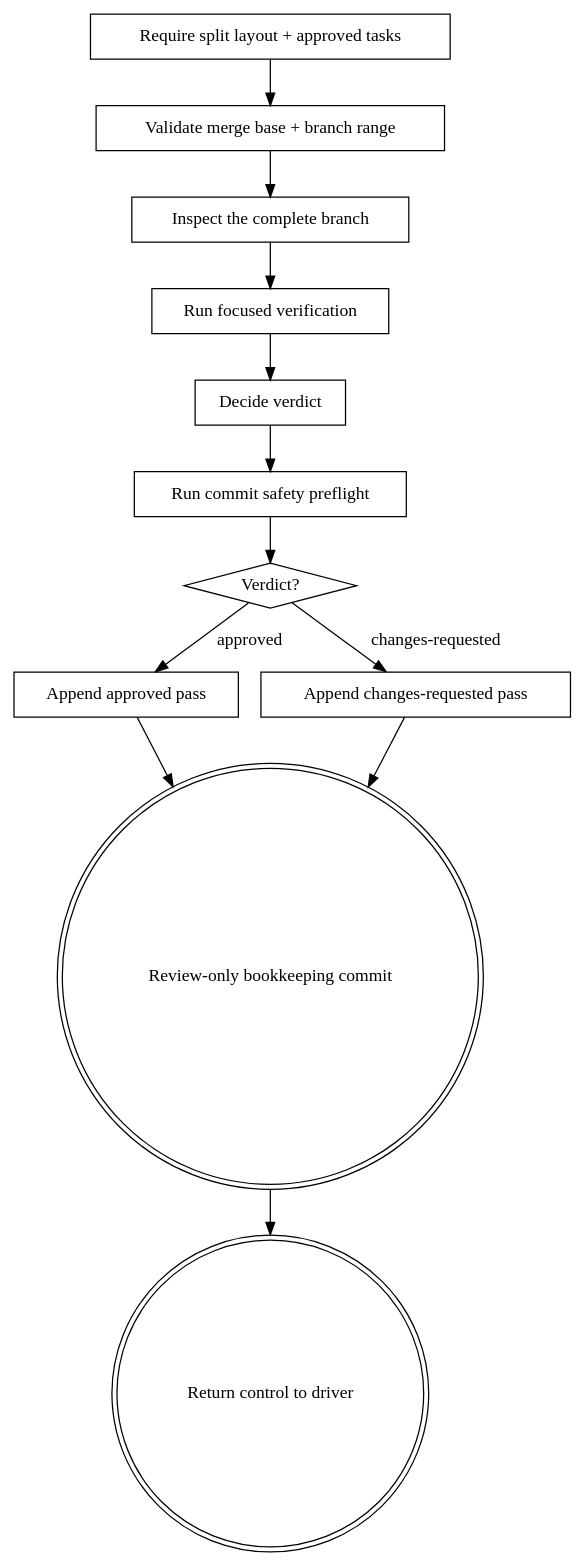
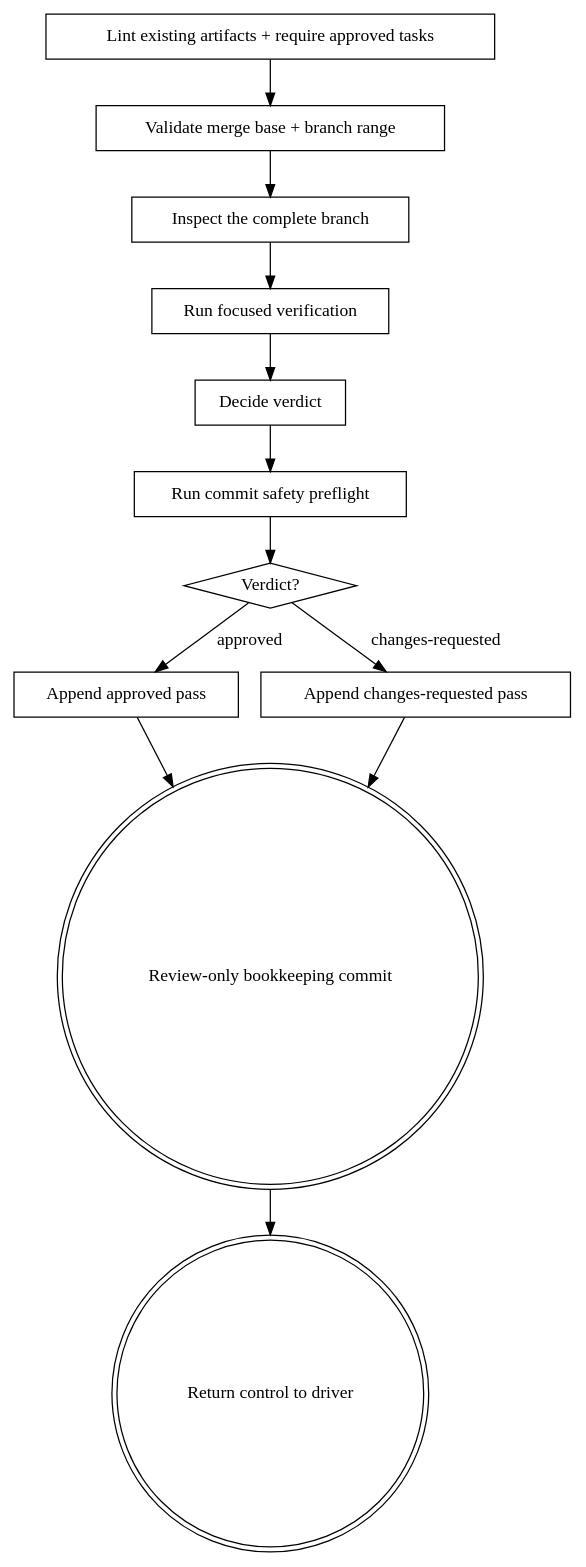
Before and after one commit to caiorcferreira/hamilton: the diagram in skills/kepler-review/SKILL.md, drawn with Graphviz. The commit also changed other lines of this file and 31 other files, not shown here.

````diff
--- a/skills/kepler-review/SKILL.md
+++ b/skills/kepler-review/SKILL.md
@@ -281,27 +279,27 @@
 ```dot
 digraph kepler_review {
-    "Require split layout + approved tasks" [shape=box];
+    "Lint existing artifacts + require approved tasks" [shape=box];
     "Validate merge base + branch range" [shape=box];
     "Inspect the complete branch" [shape=box];
     "Run focused verification" [shape=box];
     "Decide verdict" [shape=box];
     "Run commit safety preflight" [shape=box];
     "Verdict?" [shape=diamond];
     "Append approved pass" [shape=box];
     "Append changes-requested pass" [shape=box];
     "Review-only bookkeeping commit" [shape=doublecircle];
     "Return control to driver" [shape=doublecircle];
 
-    "Require split layout + approved tasks" -> "Validate merge base + branch range";
+    "Lint existing artifacts + require approved tasks" -> "Validate merge base + branch range";
     "Validate merge base + branch range" -> "Inspect the complete branch";
     "Inspect the complete branch" -> "Run focused verification";
     "Run focused verification" -> "Decide verdict";
     "Decide verdict" -> "Run commit safety preflight";
     "Run commit safety preflight" -> "Verdict?";
     "Verdict?" -> "Append approved pass" [label="approved"];
     "Verdict?" -> "Append changes-requested pass" [label="changes-requested"];
     "Append approved pass" -> "Review-only bookkeeping commit";
     "Append changes-requested pass" -> "Review-only bookkeeping commit";
     "Review-only bookkeeping commit" -> "Return control to driver";
 }
 ```
````
